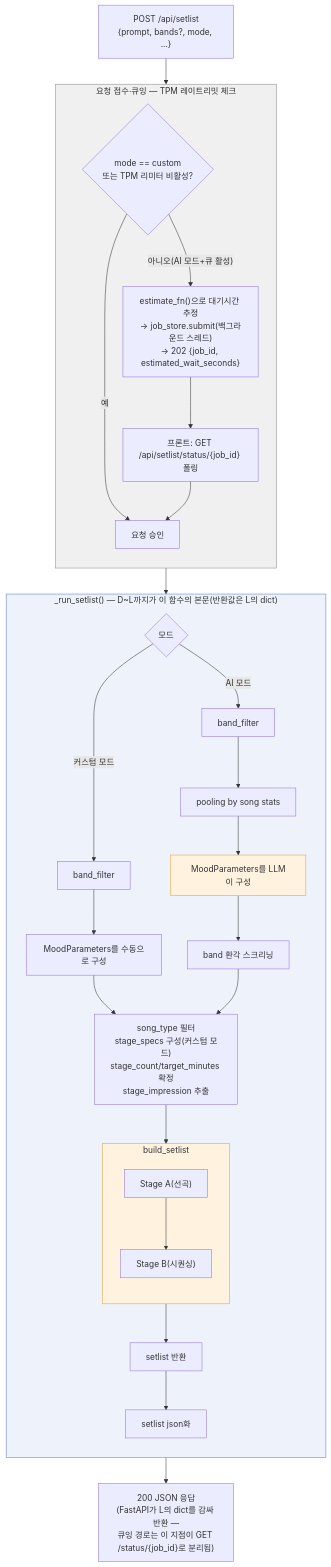
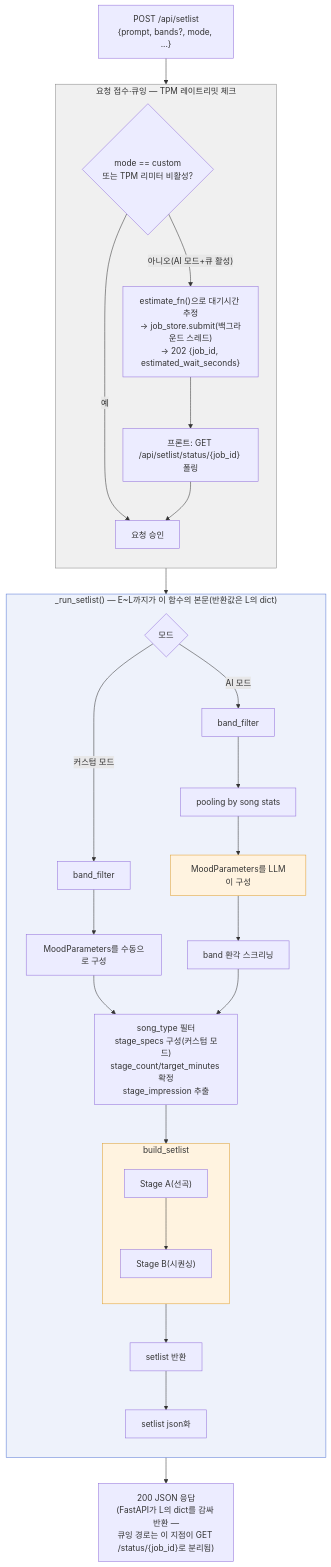
Before and after one commit to sbb2002/bandori-playlist-maker: the first of 2 diagrams in archive/version/v2/01-prompt-to-playlist-flow.md, drawn with Mermaid. The commit also changed other lines of this file, not shown here.

First line of the commit message:
docs(v2-flow): 재구성 후 발견된 오류 3건 수정

````diff
--- a/archive/version/v2/01-prompt-to-playlist-flow.md
+++ b/archive/version/v2/01-prompt-to-playlist-flow.md
@@ -11,44 +11,44 @@
 ```mermaid
 flowchart TD
     A["POST /api/setlist<br/>{prompt, bands?, mode, ...}"] --> B
 
     subgraph INTAKE["요청 접수·큐잉 — TPM 레이트리밋 체크"]
         direction TB
         B{"mode == custom<br/>또는 TPM 리미터 비활성?"}
         B -- "예" --> APPROVE["요청 승인"]
         B -- "아니오(AI 모드+큐 활성)" --> Q["estimate_fn()으로 대기시간 추정<br/>→ job_store.submit(백그라운드 스레드)<br/>→ 202 {job_id, estimated_wait_seconds}"]
         Q --> QP["프론트: GET /api/setlist/status/{job_id} 폴링"]
         QP --> APPROVE
     end
 
     APPROVE --> RUN
 
-    subgraph RUN["_run_setlist() — D~L까지가 이 함수의 본문(반환값은 L의 dict)"]
+    subgraph RUN["_run_setlist() — E~L까지가 이 함수의 본문(반환값은 L의 dict)"]
         direction TB
         E{"모드"}
         E -- "커스텀 모드" --> D1["band_filter"]
         D1 --> E1["MoodParameters를 수동으로 구성"]
         E -- "AI 모드" --> D2["band_filter"]
         D2 --> E2["pooling by song stats"]
         E2 --> LLM["MoodParameters를 LLM이 구성"]
         LLM --> G["band 환각 스크리닝"]
         E1 --> H
         G --> H["song_type 필터<br/>stage_specs 구성(커스텀 모드)<br/>stage_count/target_minutes 확정<br/>stage_impression 추출"]
         H --> SEL
 
         subgraph SEL["build_setlist"]
             direction TB
             SA["Stage A(선곡)"]
             SA --> SB["Stage B(시퀀싱)"]
         end
         SEL --> K["setlist 반환"]
         K --> L["setlist json화"]
     end
 
     RUN --> M["200 JSON 응답<br/>(FastAPI가 L의 dict를 감싸 반환 —<br/>큐잉 경로는 이 지점이 GET /status/{job_id}로 분리됨)"]
 
     style INTAKE fill:#f0f0f0,stroke:#888
     style RUN fill:#eef2fb,stroke:#5a7bd6
     style LLM fill:#fff3e0,stroke:#e0a030
     style SEL fill:#fff3e0,stroke:#e0a030
 ```
````
